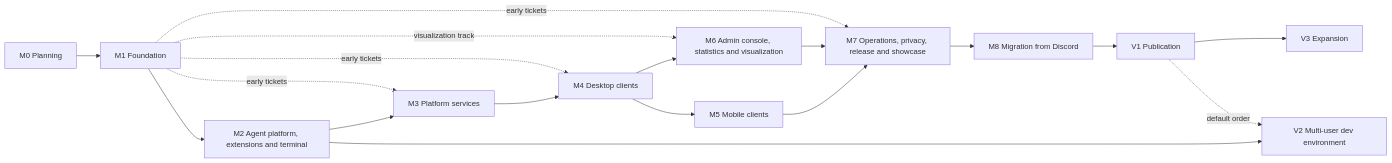
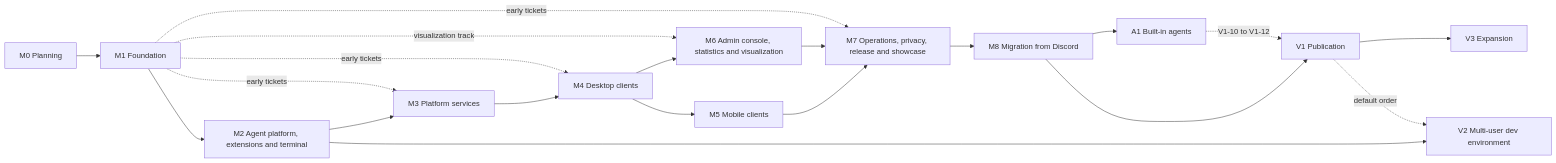
Before and after one commit to mguttmann/bothy: the diagram in docs/PLAN.md, drawn with Mermaid. The commit also changed other lines of this file and 43 other files, not shown here.

First line of the commit message:
docs(spec): built-in agents specification, ADR and A1 briefs (A1-01) (#552)

````diff
--- a/docs/PLAN.md
+++ b/docs/PLAN.md
@@ -83,20 +85,22 @@
 ```mermaid
 flowchart LR
   M0["M0 Planning"] --> M1["M1 Foundation"]
   M1 --> M2["M2 Agent platform, extensions and terminal"]
   M2 --> M3["M3 Platform services"]
   M3 --> M4["M4 Desktop clients"]
   M4 --> M5["M5 Mobile clients"]
   M4 --> M6["M6 Admin console, statistics and visualization"]
   M5 --> M7["M7 Operations, privacy, release and showcase"]
   M6 --> M7
   M7 --> M8["M8 Migration from Discord"]
   M8 --> V1["V1 Publication"]
   V1 --> V3["V3 Expansion"]
   M2 --> V2["V2 Multi-user dev environment"]
+  M8 --> A1["A1 Built-in agents"]
+  A1 -. "V1-10 to V1-12" .-> V1
   V1 -. "default order" .-> V2
   M1 -. "early tickets" .-> M3
   M1 -. "early tickets" .-> M4
   M1 -. "early tickets" .-> M7
   M1 -. "visualization track" .-> M6
 ```
````
